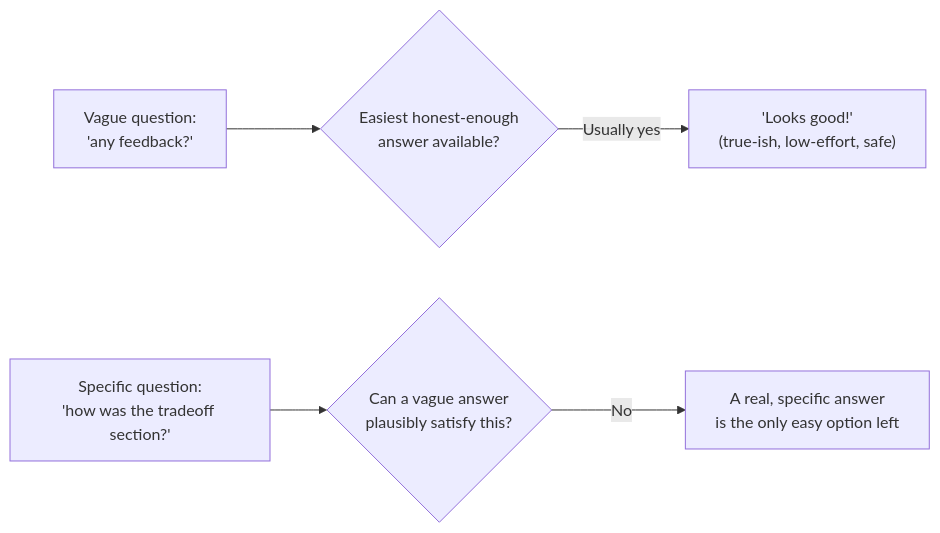
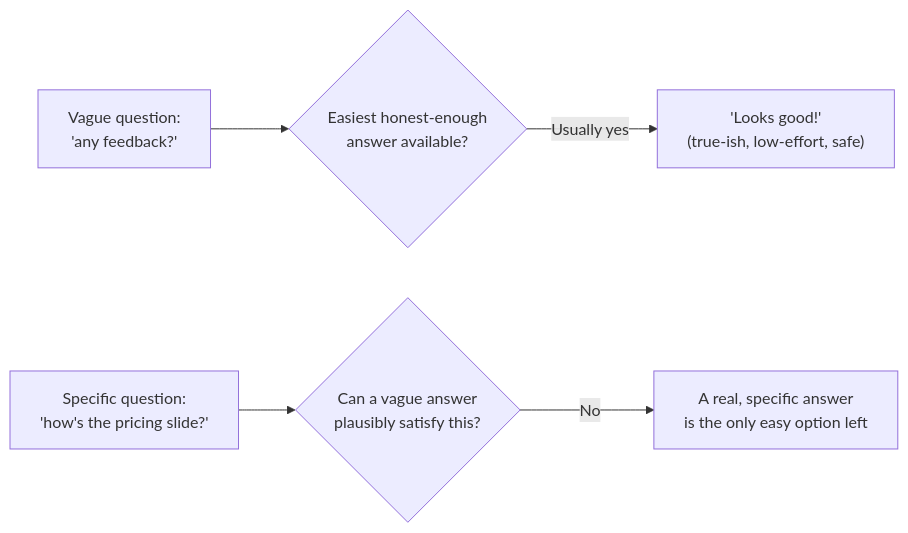
One commit to francoandreDev/knowledge changed the first of 2 diagrams in src/content/career-craft/asking-feedback/L2-concept.md. Above: the diagram before and after it, drawn with Mermaid. The commit also changed other lines of this file and 14 other files, not shown here.

````diff
--- a/src/content/career-craft/asking-feedback/L2-concept.md
+++ b/src/content/career-craft/asking-feedback/L2-concept.md
@@ -7,7 +11,7 @@
 ```mermaid
 flowchart LR
     Vague["Vague question:\n'any feedback?'"] --> Default{"Easiest honest-enough\nanswer available?"}
     Default -- "Usually yes" --> Polite["'Looks good!'\n(true-ish, low-effort, safe)"]
-    Specific["Specific question:\n'how was the tradeoff section?'"] --> Forces{"Can a vague answer\nplausibly satisfy this?"}
+    Specific["Specific question:\n'how's the pricing slide?'"] --> Forces{"Can a vague answer\nplausibly satisfy this?"}
     Forces -- "No" --> Real["A real, specific answer\nis the only easy option left"]
 ```
````
